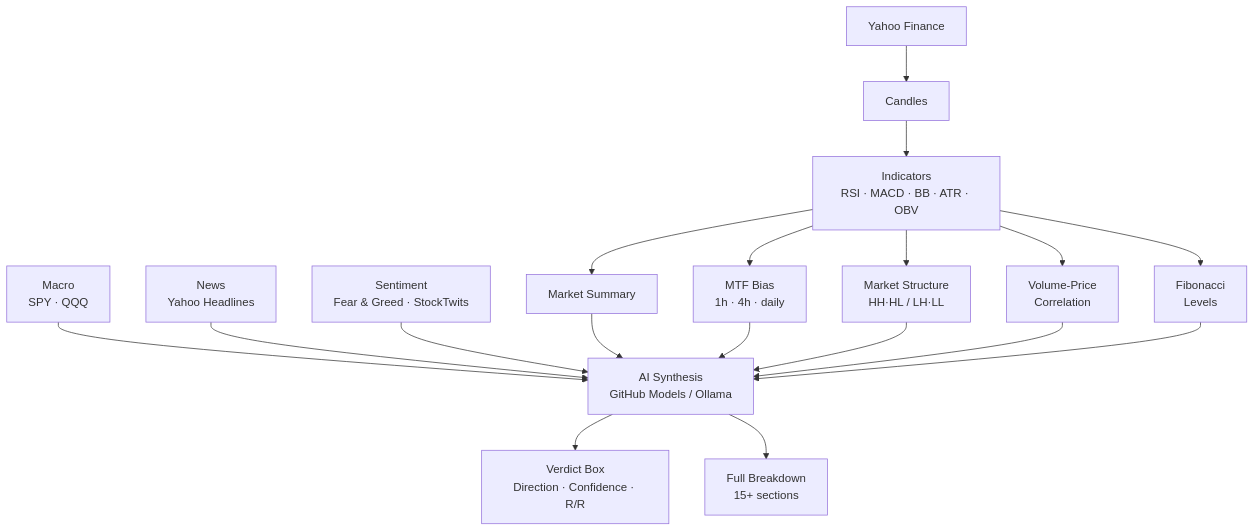
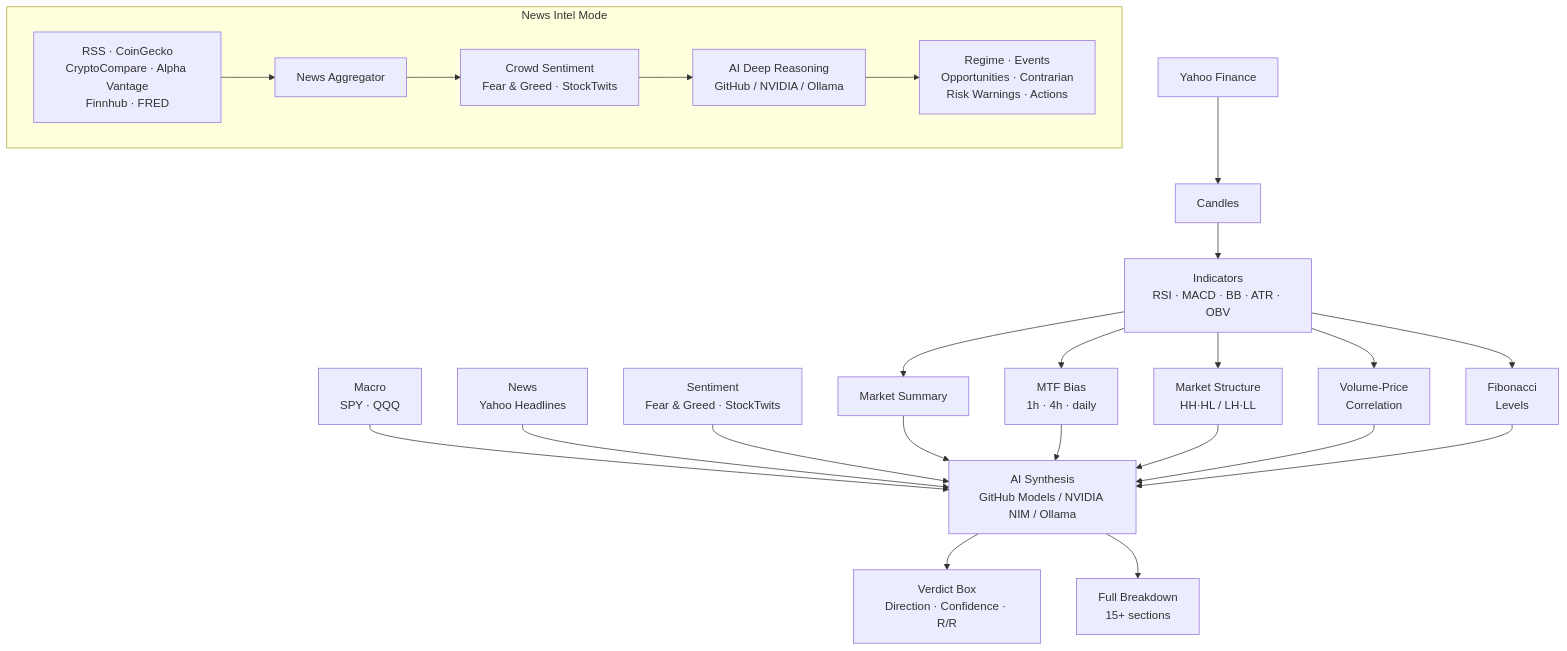
One commit to AlGhozaliRamadhan/BOZ changed the diagram in README.md. Above: the diagram before and after it, drawn with Mermaid. The commit also changed other lines of this file and 7 other files, not shown here.

````diff
--- a/README.md
+++ b/README.md
@@ -142,23 +123,30 @@
 ```mermaid
 flowchart TD
     YF[Yahoo Finance] --> CD[Candles]
     CD --> IND[Indicators\nRSI · MACD · BB · ATR · OBV]
     IND --> MS[Market Summary]
     IND --> MTF[MTF Bias\n1h · 4h · daily]
     IND --> STR[Market Structure\nHH·HL / LH·LL]
     IND --> VPC[Volume-Price\nCorrelation]
     IND --> FIB[Fibonacci\nLevels]
 
     MAC[Macro\nSPY · QQQ] --> AI
     NEWS[News\nYahoo Headlines] --> AI
     SENT[Sentiment\nFear & Greed · StockTwits] --> AI
 
-    MS --> AI[AI Synthesis\nGitHub Models / Ollama]
+    MS --> AI[AI Synthesis\nGitHub Models / NVIDIA NIM / Ollama]
     MTF --> AI
     STR --> AI
     VPC --> AI
     FIB --> AI
 
     AI --> VB[Verdict Box\nDirection · Confidence · R/R]
     AI --> BD[Full Breakdown\n15+ sections]
+
+    subgraph NewsIntel[News Intel Mode]
+      NF[RSS · CoinGecko\nCryptoCompare · Alpha Vantage\nFinnhub · FRED] --> NA[News Aggregator]
+      NA --> SENT2[Crowd Sentiment\nFear & Greed · StockTwits]
+      SENT2 --> AI2[AI Deep Reasoning\nGitHub / NVIDIA / Ollama]
+      AI2 --> NR[Regime · Events\nOpportunities · Contrarian\nRisk Warnings · Actions]
+    end
 ```
````
